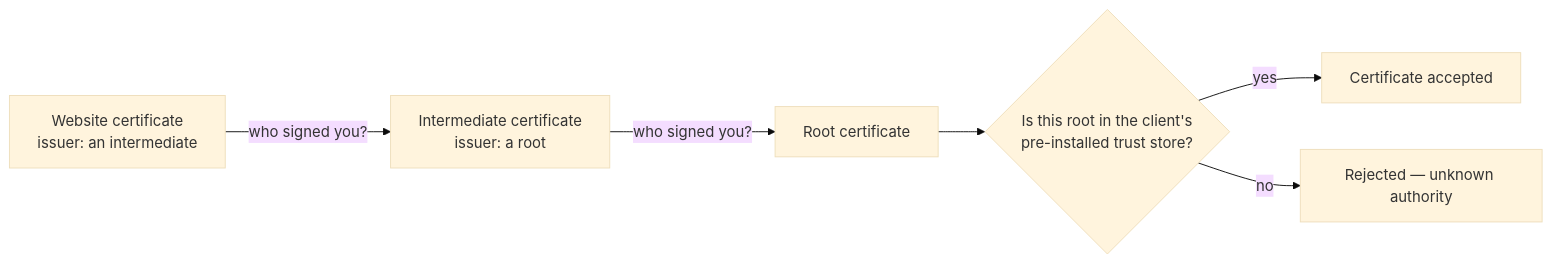
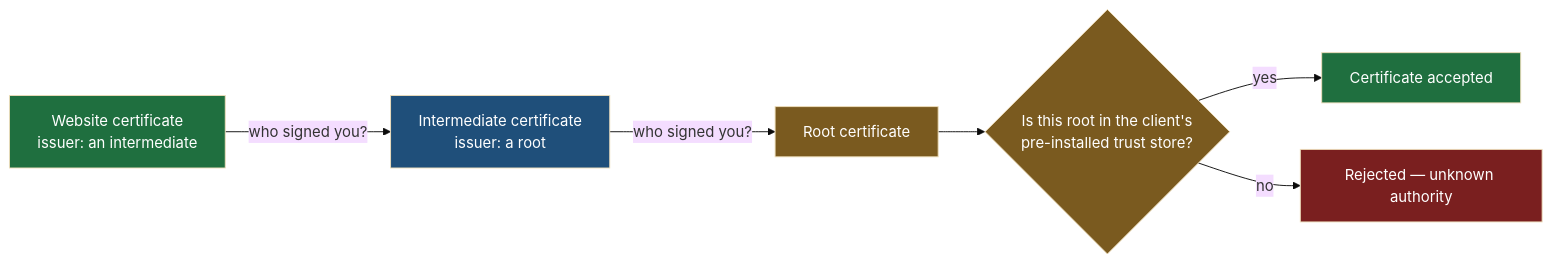
The sixth of 6 diagrams in Devops/04-Networking/10-Certificates-And-Trust.md (Dummy-Bug/system-design-handbook), drawn with Mermaid (base theme) before and after one commit. The commit also changed other lines of this file and 53 other files, not shown here.

````diff
--- a/Devops/04-Networking/10-Certificates-And-Trust.md
+++ b/Devops/04-Networking/10-Certificates-And-Trust.md
@@ -161,8 +179,14 @@
 ```mermaid
 flowchart LR
     W["Website certificate<br/>issuer: an intermediate"] -->|"who signed you?"| I["Intermediate certificate<br/>issuer: a root"]
     I -->|"who signed you?"| R["Root certificate"]
     R --> Q{"Is this root in the client's<br/>pre-installed trust store?"}
     Q -->|"yes"| OK["Certificate accepted"]
     Q -->|"no"| NO["Rejected — unknown authority"]
+    style W fill:#1f6f3f,color:#fff
+    style I fill:#1f4f7a,color:#fff
+    style R fill:#7a5a1f,color:#fff
+    style Q fill:#7a5a1f,color:#fff
+    style OK fill:#1f6f3f,color:#fff
+    style NO fill:#7a1f1f,color:#fff
 ```
````
